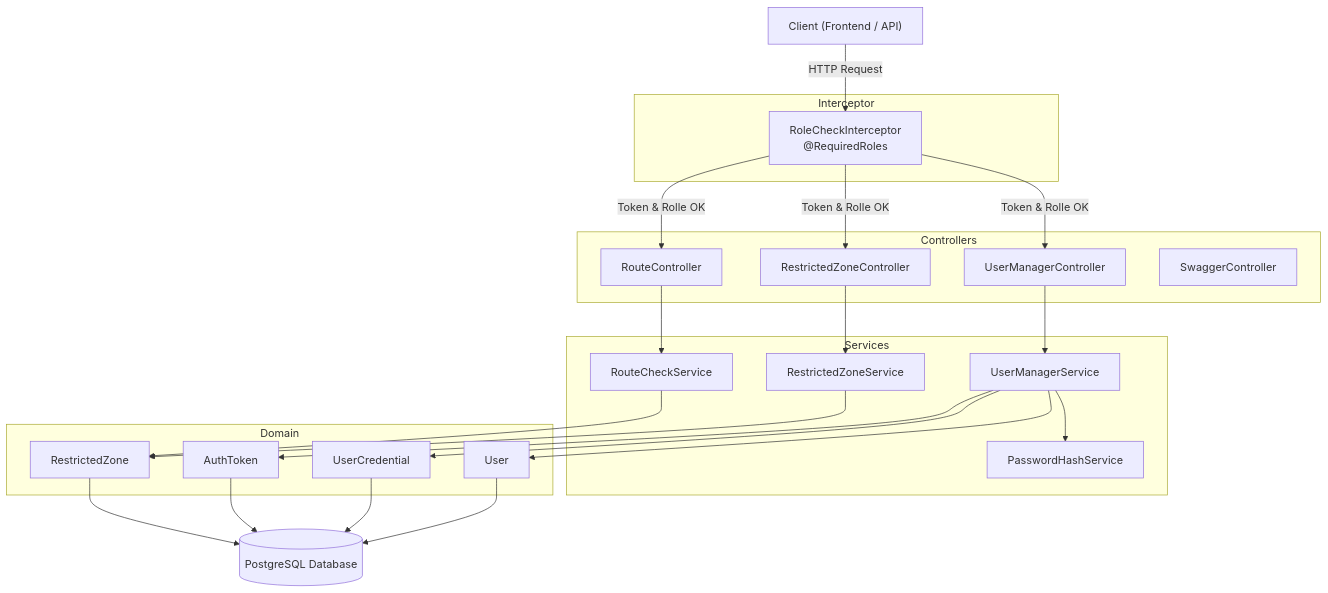
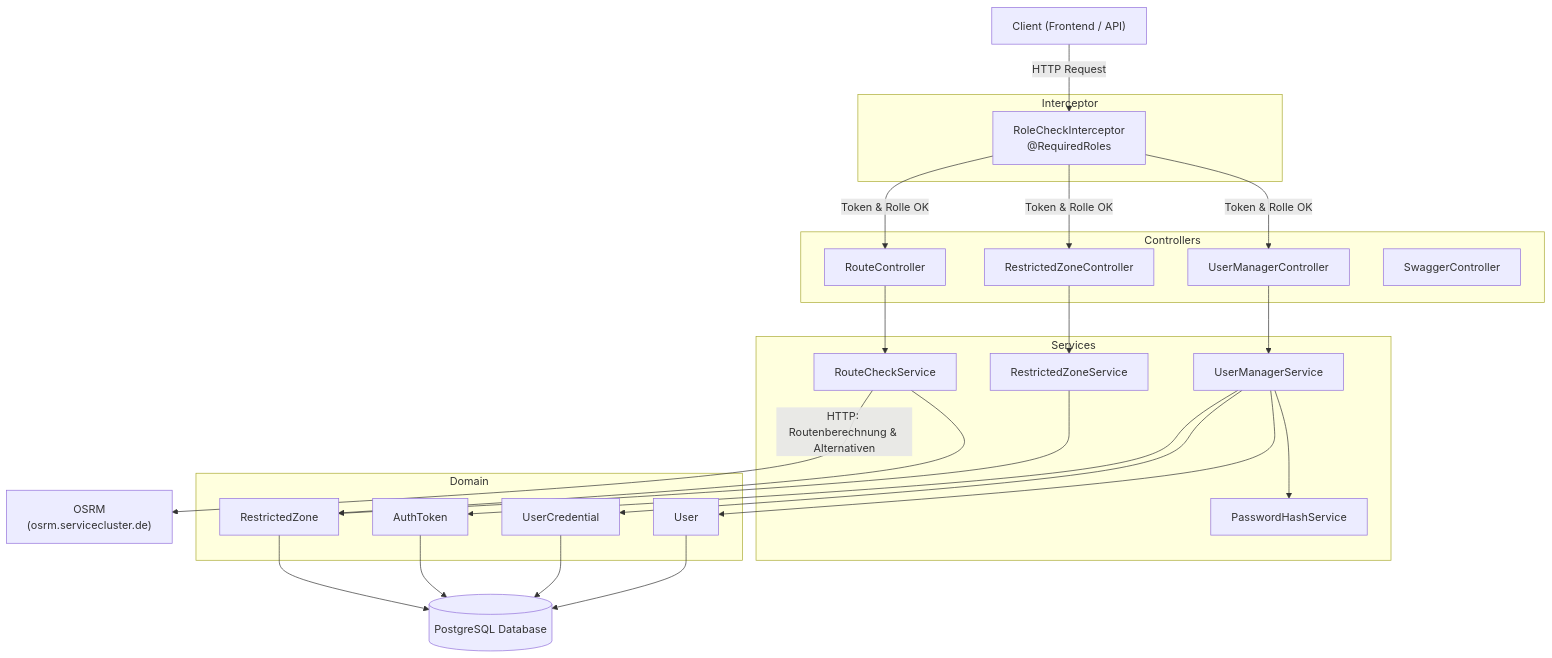
Before and after one commit to g8rdier/urban-flow-governance: the diagram in docs/architecture/BACKEND_ARCHITECTURE.md, drawn with Mermaid.

Commit message:
docs: add OSRM as external dependency to backend architecture diagram

````diff
--- a/docs/architecture/BACKEND_ARCHITECTURE.md
+++ b/docs/architecture/BACKEND_ARCHITECTURE.md
@@ -9,49 +9,51 @@
 ```mermaid
 graph TD
     Client["Client (Frontend / API)"]
 
     subgraph Interceptor
         RI["RoleCheckInterceptor<br/>@RequiredRoles"]
     end
 
     subgraph Controllers
         UC[UserManagerController]
         ZC[RestrictedZoneController]
         RC[RouteController]
         SC[SwaggerController]
     end
 
     subgraph Services
         UMS[UserManagerService]
         RZS[RestrictedZoneService]
         RCS[RouteCheckService]
         PHS[PasswordHashService]
     end
 
     subgraph Domain
         U[User]
         UCRED[UserCredential]
         AT[AuthToken]
         RZ[RestrictedZone]
     end
 
     DB[(PostgreSQL Database)]
+    OSRM["OSRM<br/>(osrm.servicecluster.de)"]
 
     Client -->|HTTP Request| RI
     RI -->|Token & Rolle OK| UC
     RI -->|Token & Rolle OK| ZC
     RI -->|Token & Rolle OK| RC
     UC --> UMS
     ZC --> RZS
     RC --> RCS
     UMS --> PHS
     UMS --> U
     UMS --> UCRED
     UMS --> AT
     RZS --> RZ
     RCS --> RZ
+    RCS -->|HTTP: Routenberechnung & Alternativen| OSRM
     U --> DB
     UCRED --> DB
     AT --> DB
     RZ --> DB
 ```
````
